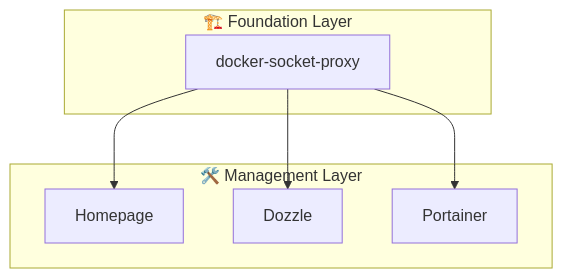
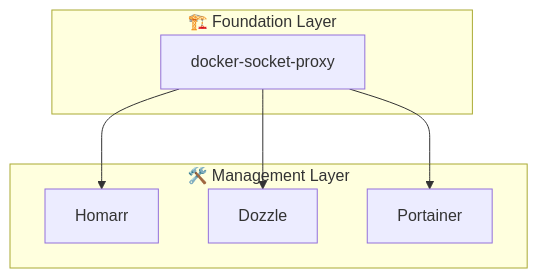
The seventh of 14 diagrams in docs/architecture.md (manumanohar11/homelab), drawn with Mermaid before and after one commit. The commit also changed other lines of this file and 34 other files, not shown here.

````diff
--- a/docs/architecture.md
+++ b/docs/architecture.md
@@ -310,16 +310,16 @@
 ```mermaid
 graph TB
     subgraph FOUNDATION["🏗️ Foundation Layer"]
         DockerProxy["docker-socket-proxy"]
     end
 
     subgraph MANAGEMENT_LAYER["🛠️ Management Layer"]
-        Homepage[Homepage]
+        Homarr[Homarr]
         Dozzle[Dozzle]
         Portainer[Portainer]
     end
 
-    DockerProxy --> Homepage
+    DockerProxy --> Homarr
     DockerProxy --> Dozzle
     DockerProxy --> Portainer
 ```
````
